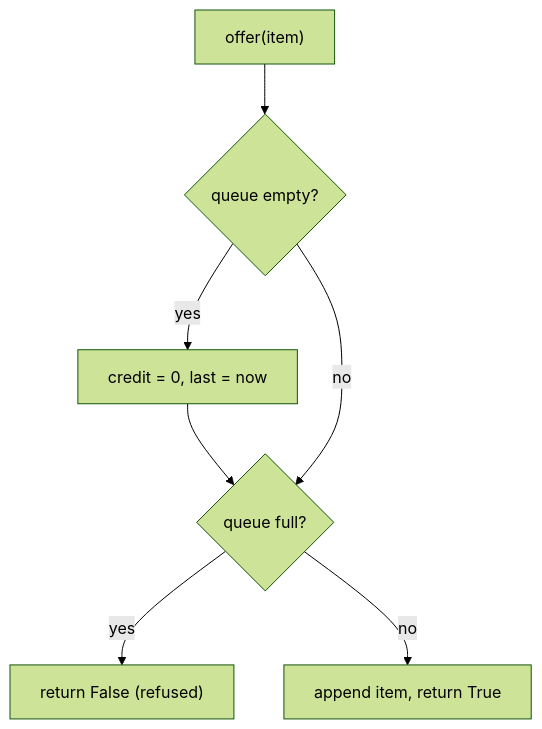
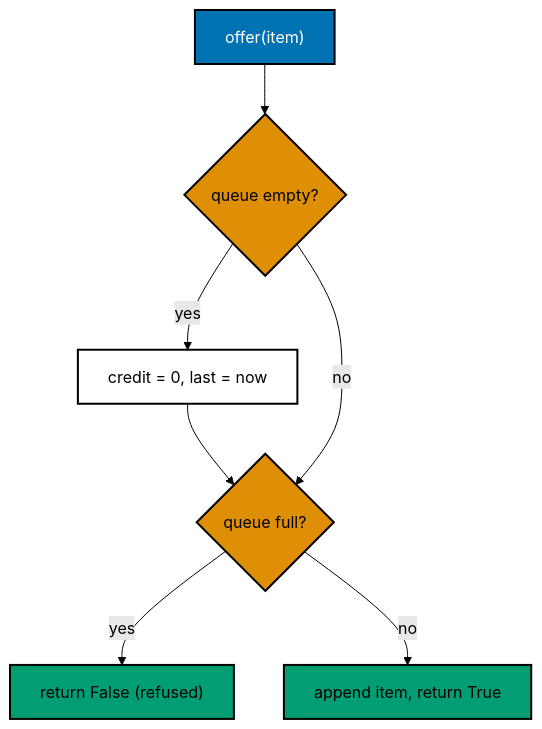
The first of 2 diagrams in drill/system-design-algos/in-python/algo_19_leaky_bucket.md (wahidyankf/grind-in-public), drawn with Mermaid (forest theme) before and after one commit. The commit also changed other lines of this file and 22 other files, not shown here.

First line of the commit message:
docs: use accessible palette in mermaid diagrams

````diff
--- a/drill/system-design-algos/in-python/algo_19_leaky_bucket.md
+++ b/drill/system-design-algos/in-python/algo_19_leaky_bucket.md
@@ -36,13 +36,20 @@
 ```mermaid
 flowchart TD
   accTitle: Leaky bucket offer
   accDescr {
     Shows how offer refuses an item when the queue is full, and otherwise queues it.
   }
   A["offer(item)"] --> B{queue empty?}
   B -->|yes| C["credit = 0, last = now"]
   C --> D{queue full?}
   B -->|no| D
   D -->|yes| E["return False (refused)"]
   D -->|no| F["append item, return True"]
+  classDef default fill:#FFFFFF,stroke:#000000,color:#000000,stroke-width:2px
+  classDef blue fill:#0173B2,stroke:#000000,color:#FFFFFF,stroke-width:2px
+  classDef orange fill:#DE8F05,stroke:#000000,color:#000000,stroke-width:2px
+  classDef teal fill:#029E73,stroke:#000000,color:#000000,stroke-width:2px
+  class B,D orange
+  class A blue
+  class E,F teal
 ```
````
